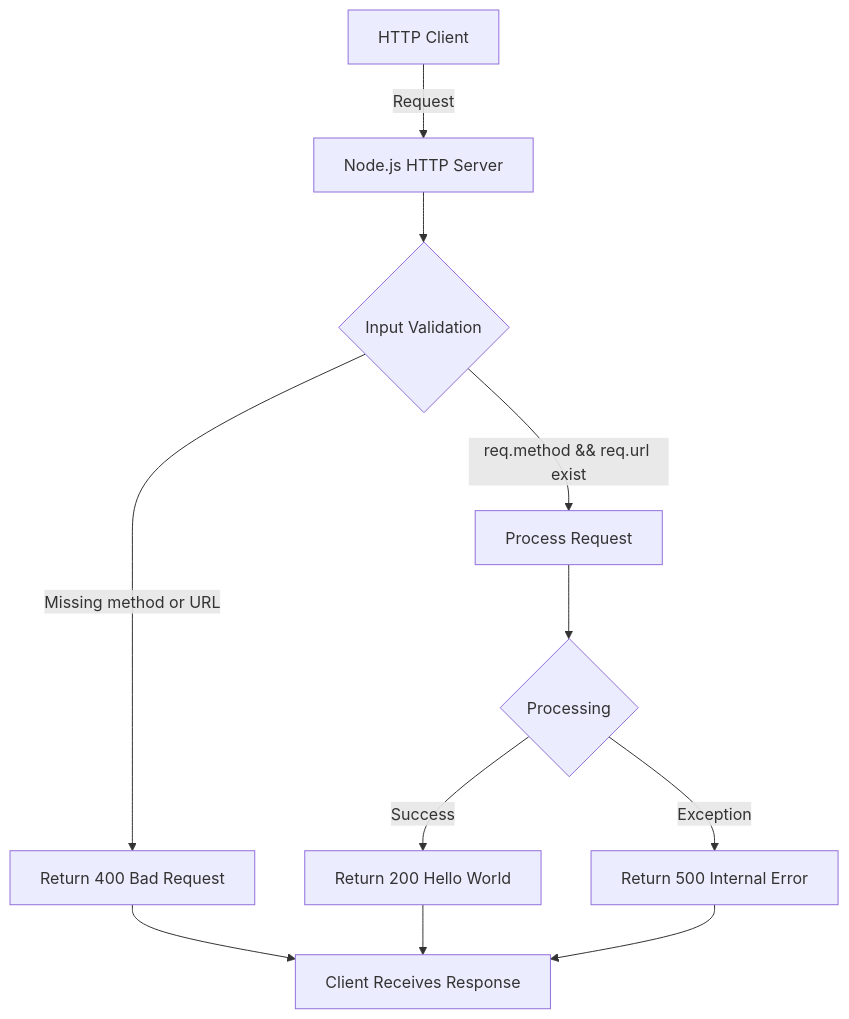
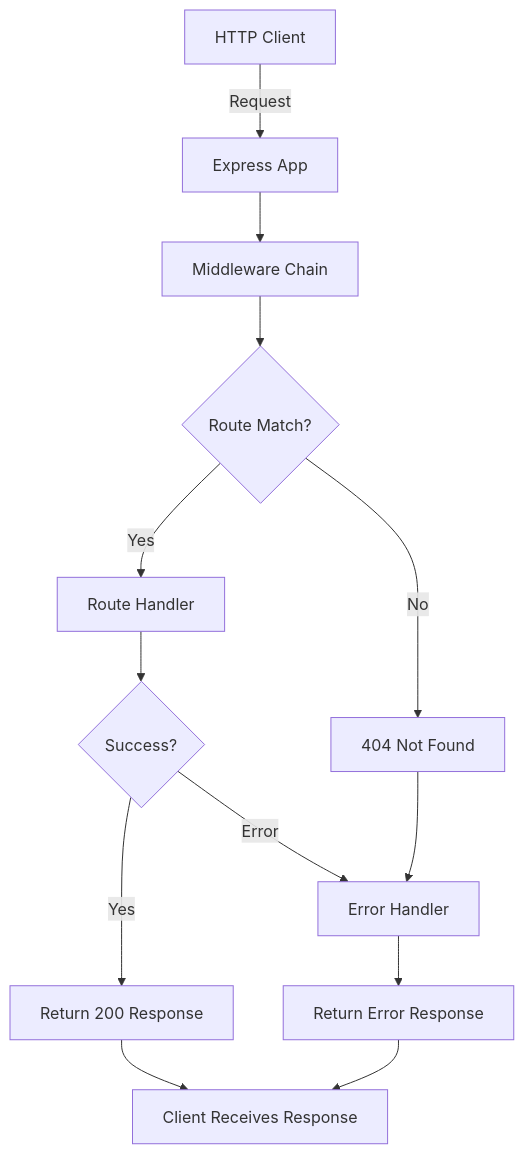
The third of 6 diagrams in existing-projects-qa-test/README.md (Sandeep02Kumar02/existing-projects-qa-test), drawn with Mermaid before and after one commit. The commit also changed other lines of this file, not shown here.

First line of the commit message:
Update README.md for Express.js architecture migration

````diff
--- a/existing-projects-qa-test/README.md
+++ b/existing-projects-qa-test/README.md
@@ -287,13 +568,15 @@
 ```mermaid
 graph TD
-    A[HTTP Client] -->|Request| B[Node.js HTTP Server]
-    B --> C{Input Validation}
-    C -->|req.method && req.url exist| D[Process Request]
-    C -->|Missing method or URL| E[Return 400 Bad Request]
-    D --> F{Processing}
-    F -->|Success| G[Return 200 Hello World]
-    F -->|Exception| H[Return 500 Internal Error]
-    E --> I[Client Receives Response]
-    G --> I
-    H --> I
+    A[HTTP Client] -->|Request| B[Express App]
+    B --> C[Middleware Chain]
+    C --> D{Route Match?}
+    D -->|Yes| E[Route Handler]
+    D -->|No| F[404 Not Found]
+    E --> G{Success?}
+    G -->|Yes| H[Return 200 Response]
+    G -->|Error| I[Error Handler]
+    F --> I
+    I --> J[Return Error Response]
+    H --> K[Client Receives Response]
+    J --> K
 ```
````
